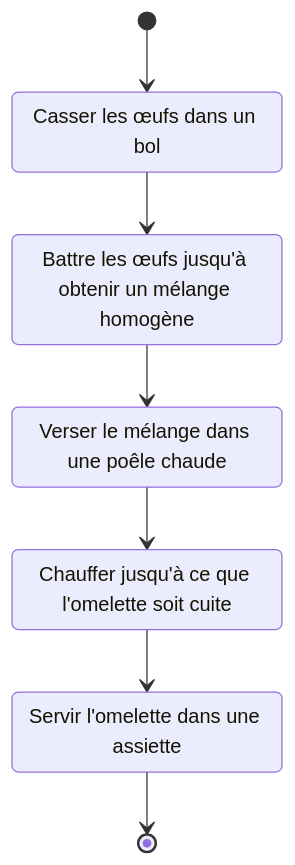
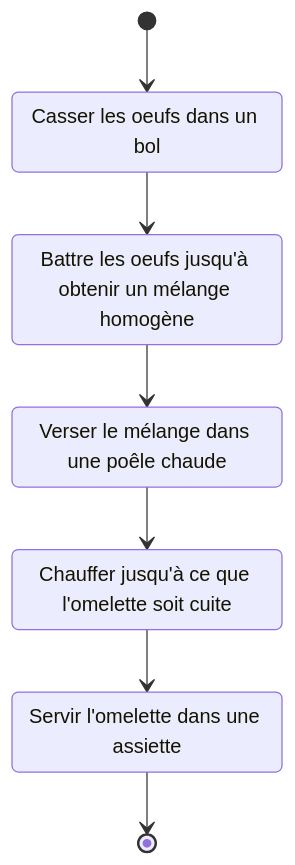
One commit to blueur/gymnase-2425 changed the second of 3 diagrams in static/slide/3cci-prog-organigramme.md. Above: the diagram before and after it, drawn with Mermaid. The commit also changed other lines of this file and 10 other files, not shown here.

````diff
--- a/static/slide/3cci-prog-organigramme.md
+++ b/static/slide/3cci-prog-organigramme.md
@@ -58,14 +58,14 @@
 ```mermaid full
 stateDiagram-v2
-  state "Casser les œufs dans un bol" as casser
-  state "Battre les œufs jusqu'à obtenir un mélange homogène" as battre
+  state "Casser les oeufs dans un bol" as casser
+  state "Battre les oeufs jusqu'à obtenir un mélange homogène" as battre
   state "Verser le mélange dans une poêle chaude" as verser
   state "Chauffer jusqu'à ce que l'omelette soit cuite" as chauffer
   state "Servir l'omelette dans une assiette" as servir
   [*] --> casser
   casser --> battre
   battre --> verser
   verser --> chauffer
   chauffer --> servir
   servir --> [*]
 ```
````
